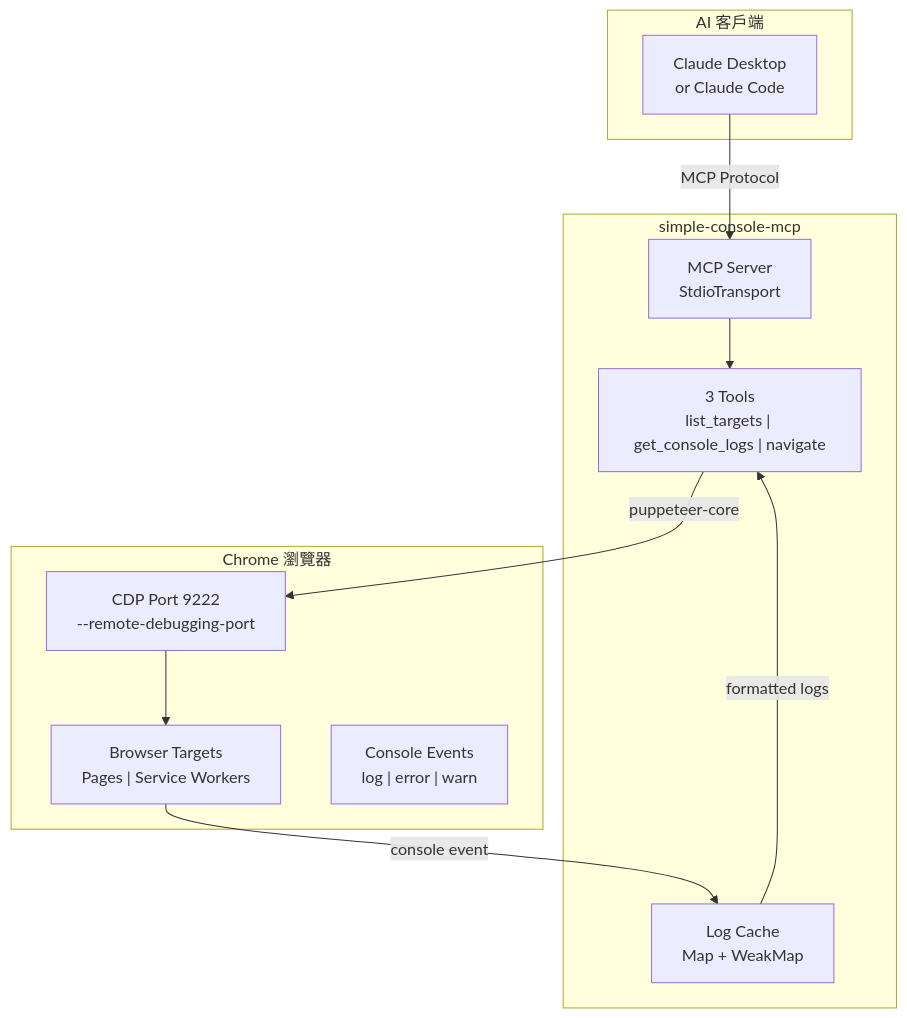
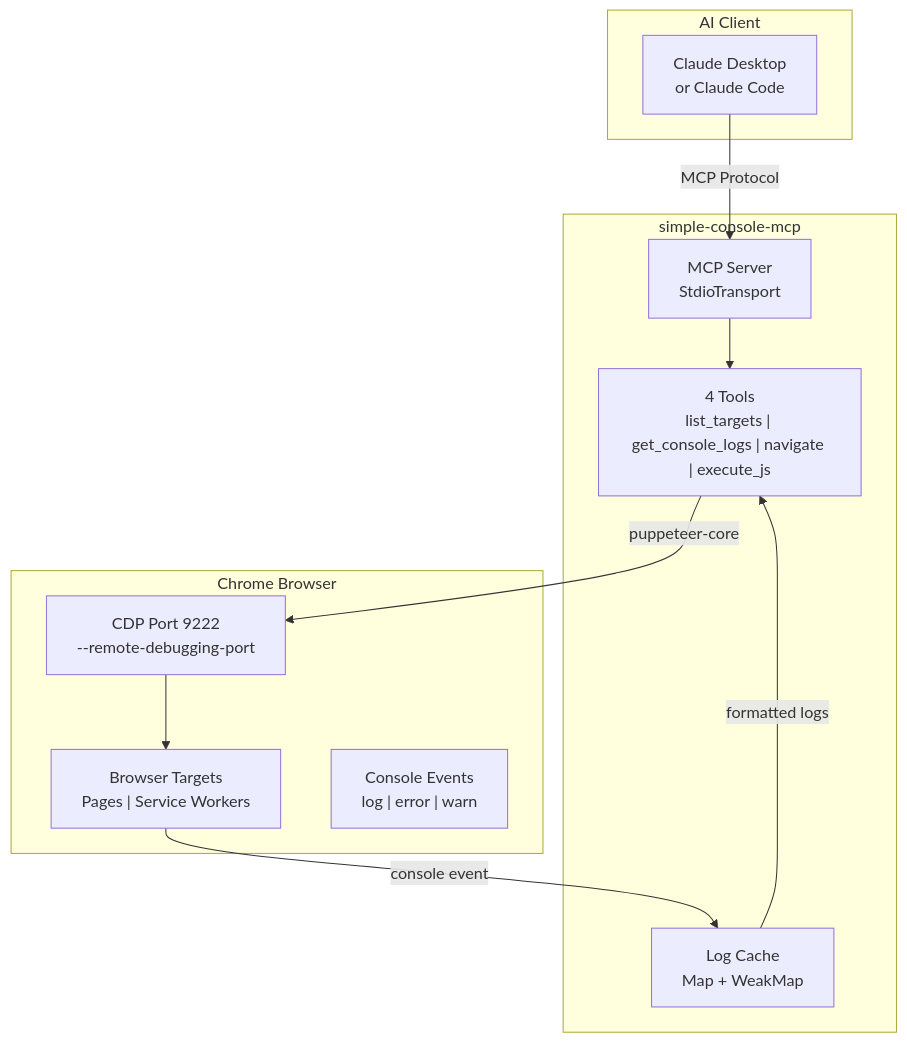
The diagram in README.md (tznthou/simple-console-mcp), drawn with Mermaid before and after one commit. The commit also changed other lines of this file and 5 other files, not shown here.

First line of the commit message:
feat: v1.4.0 - Add execute_js tool and simplify Chrome launch

````diff
--- a/README.md
+++ b/README.md
@@ -92,25 +273,25 @@
 ```mermaid
 graph TB
-    subgraph Client["AI 客戶端"]
+    subgraph Client["AI Client"]
         CLAUDE["Claude Desktop<br/>or Claude Code"]
     end
 
     subgraph MCP["simple-console-mcp"]
         SERVER["MCP Server<br/>StdioTransport"]
-        TOOLS["3 Tools<br/>list_targets | get_console_logs | navigate"]
+        TOOLS["4 Tools<br/>list_targets | get_console_logs | navigate | execute_js"]
         CACHE["Log Cache<br/>Map + WeakMap"]
     end
 
-    subgraph Browser["Chrome 瀏覽器"]
+    subgraph Browser["Chrome Browser"]
         CDP["CDP Port 9222<br/>--remote-debugging-port"]
         PAGES["Browser Targets<br/>Pages | Service Workers"]
         CONSOLE["Console Events<br/>log | error | warn"]
     end
 
     CLAUDE --> |"MCP Protocol"| SERVER
     SERVER --> TOOLS
     TOOLS --> |"puppeteer-core"| CDP
     CDP --> PAGES
     PAGES --> |"console event"| CACHE
     CACHE --> |"formatted logs"| TOOLS
 ```
````
